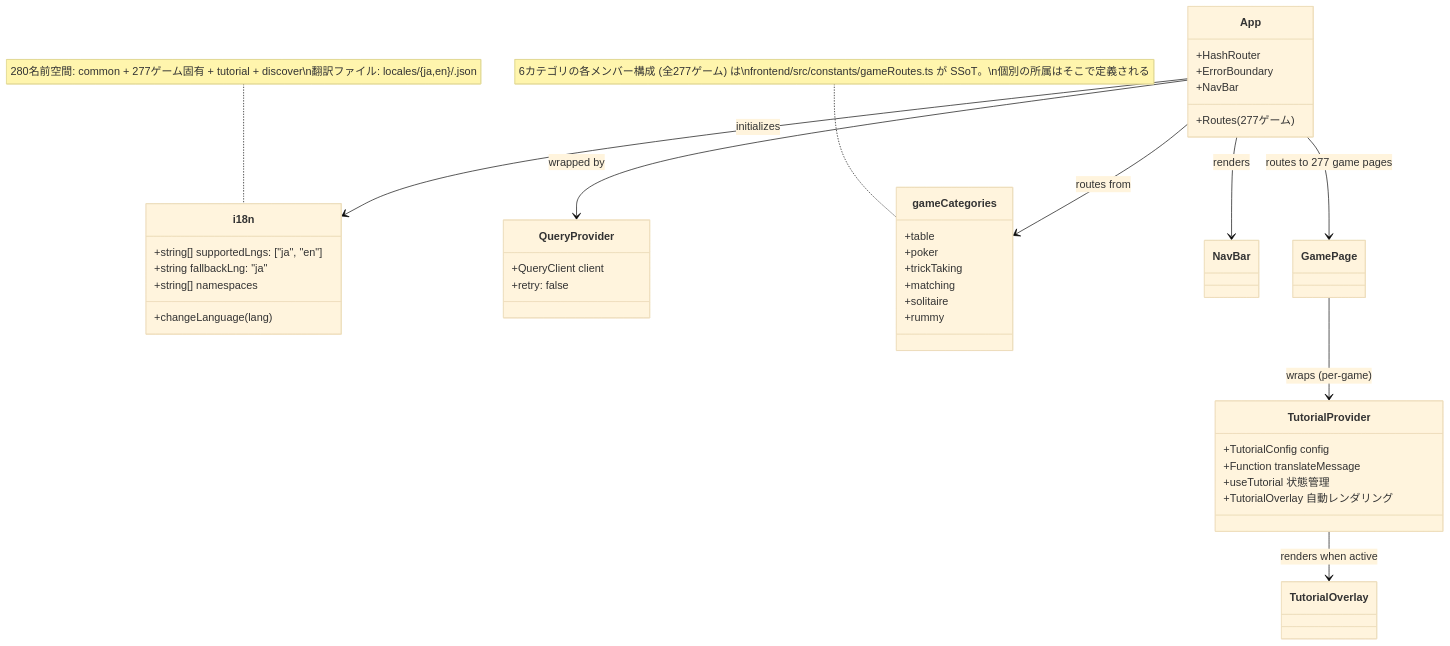
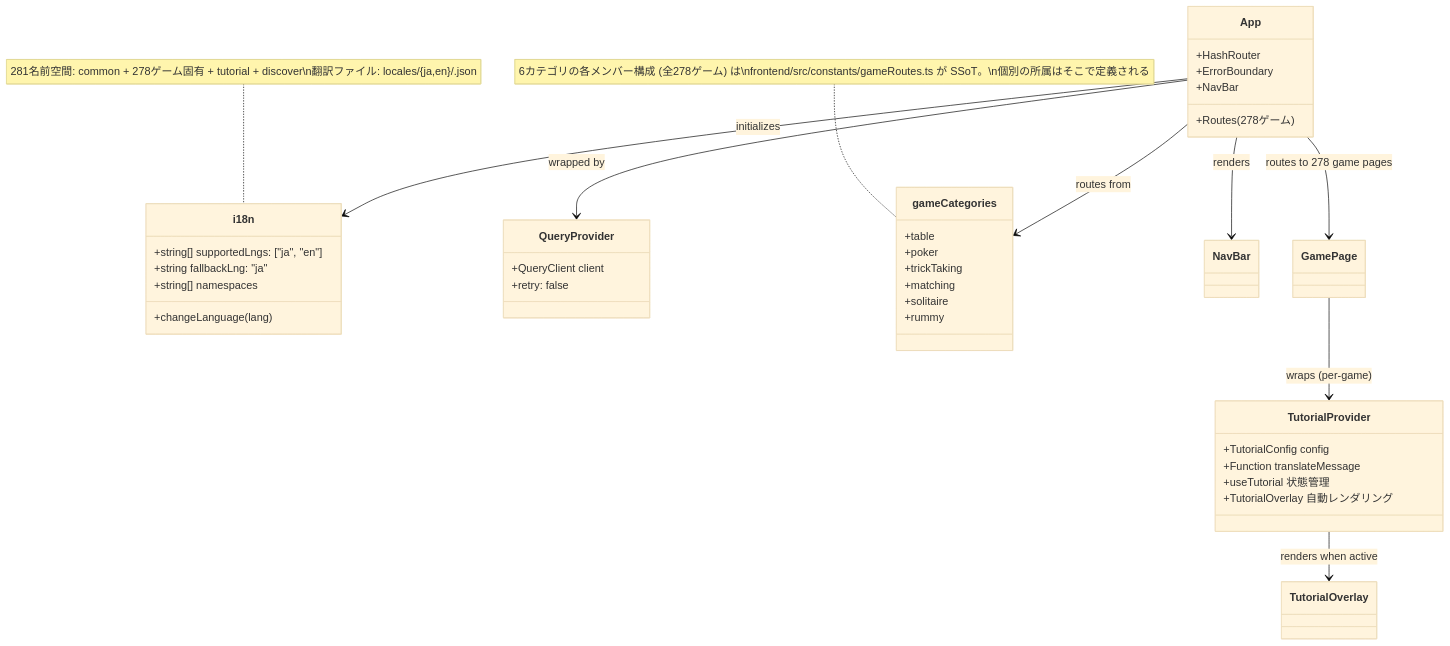
The ninth of 49 diagrams in docs/design/frontend.md (yuta-yoshinaga/go_trumpcards), drawn with Mermaid (base theme) before and after one commit. The commit also changed other lines of this file and 61 other files, not shown here.

````diff
--- a/docs/design/frontend.md
+++ b/docs/design/frontend.md
@@ -1869,48 +1869,48 @@
 ```mermaid
 classDiagram
     class i18n {
         +string[] supportedLngs: ["ja", "en"]
         +string fallbackLng: "ja"
         +string[] namespaces
         +changeLanguage(lang)
     }
 
     class QueryProvider {
         +QueryClient client
         +retry: false
     }
 
     class App {
         +HashRouter
         +ErrorBoundary
         +NavBar
-        +Routes (277ゲーム)
+        +Routes (278ゲーム)
     }
 
     class gameCategories {
         +table
         +poker
         +trickTaking
         +matching
         +solitaire
         +rummy
     }
-    note for gameCategories "6カテゴリの各メンバー構成 (全277ゲーム) は\nfrontend/src/constants/gameRoutes.ts が SSoT。\n個別の所属はそこで定義される"
+    note for gameCategories "6カテゴリの各メンバー構成 (全278ゲーム) は\nfrontend/src/constants/gameRoutes.ts が SSoT。\n個別の所属はそこで定義される"
 
     class TutorialProvider {
         +TutorialConfig config
         +Function translateMessage
         +useTutorial 状態管理
         +TutorialOverlay 自動レンダリング
     }
 
     App --> QueryProvider : wrapped by
     App --> i18n : initializes
     App --> gameCategories : routes from
     App --> NavBar : renders
-    App --> GamePage : routes to 277 game pages
+    App --> GamePage : routes to 278 game pages
     GamePage --> TutorialProvider : wraps (per-game)
     TutorialProvider --> TutorialOverlay : renders when active
 
-    note for i18n "280名前空間: common + 277ゲーム固有 + tutorial + discover\n翻訳ファイル: locales/{ja,en}/<game>.json"
+    note for i18n "281名前空間: common + 278ゲーム固有 + tutorial + discover\n翻訳ファイル: locales/{ja,en}/<game>.json"
 ```
````
